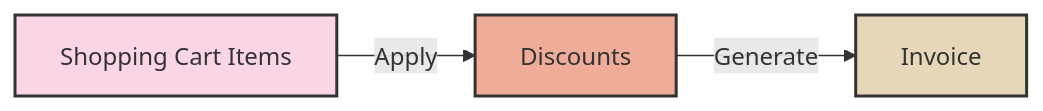
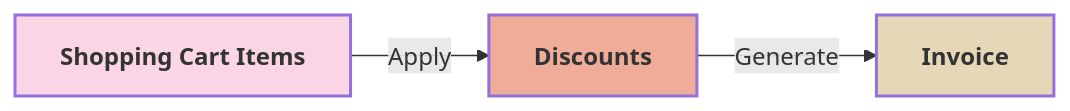
Before and after one commit to rafadc/cash_register: the diagram in README.md, drawn with Mermaid. The commit also changed other lines of this file and 2 other files, not shown here.

Commit message:
Added more documentation

````diff
--- a/README.md
+++ b/README.md
@@ -8,8 +8,8 @@
 ```mermaid
 graph LR
-    A[Shopping Cart Items] -->|Apply| B[Discounts]
-    B -->|Generate| C[Invoice]
-    style A fill:#f9d5e5,stroke:#333,stroke-width:2px
-    style B fill:#eeac99,stroke:#333,stroke-width:2px
-    style C fill:#e6d7b9,stroke:#333,stroke-width:2px
+    A[<b>Shopping Cart Items</b>] -->|Apply| B[<b>Discounts</b>]
+    B -->|Generate| C[<b>Invoice</b>]
+    style A fill:#f9d5e5,stroke-width:2px
+    style B fill:#eeac99,stroke-width:2px
+    style C fill:#e6d7b9,stroke-width:2px
 ```
````
